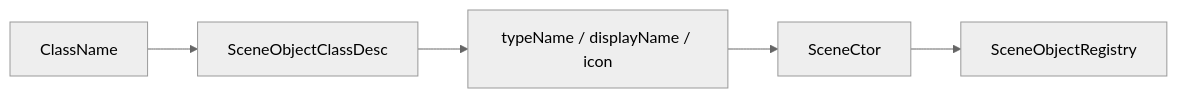
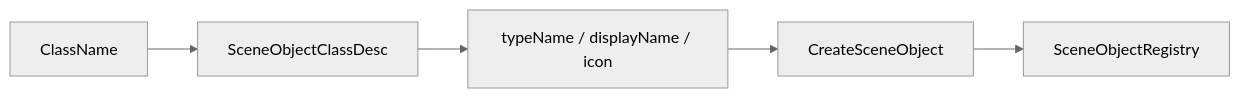
One commit to kase-haruto/CalyxEngine changed the fifth of 5 diagrams in project/Docs/EditorAutoClassRegistration_README.md. Above: the diagram before and after it, drawn with Mermaid (neutral theme). The commit also changed other lines of this file and 84 other files, not shown here.

````diff
--- a/project/Docs/EditorAutoClassRegistration_README.md
+++ b/project/Docs/EditorAutoClassRegistration_README.md
@@ -375,7 +379,7 @@
 ```mermaid
 flowchart LR
     A[ClassName] --> B[SceneObjectClassDesc]
     B --> C[typeName / displayName / icon]
-    C --> D[SceneCtor<T>]
+    C --> D[CreateSceneObject<T>]
     D --> E[SceneObjectRegistry]
 ```
````
